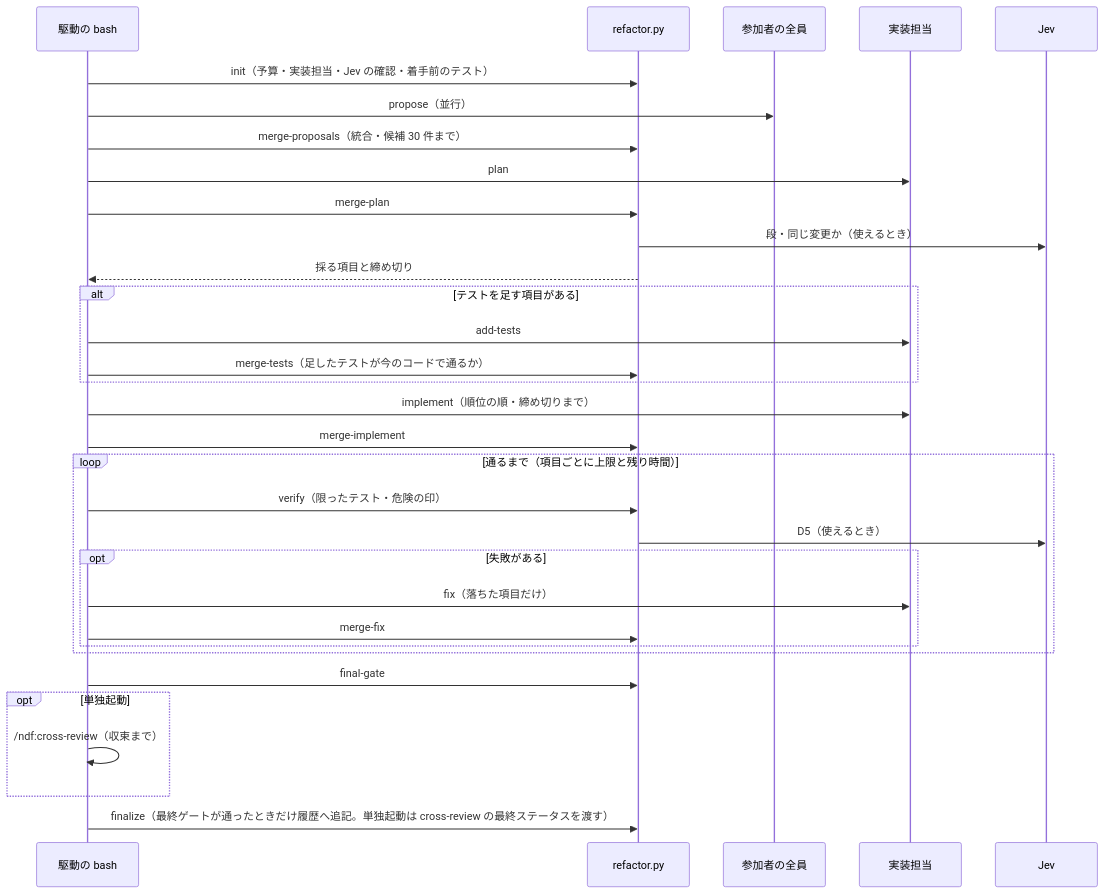
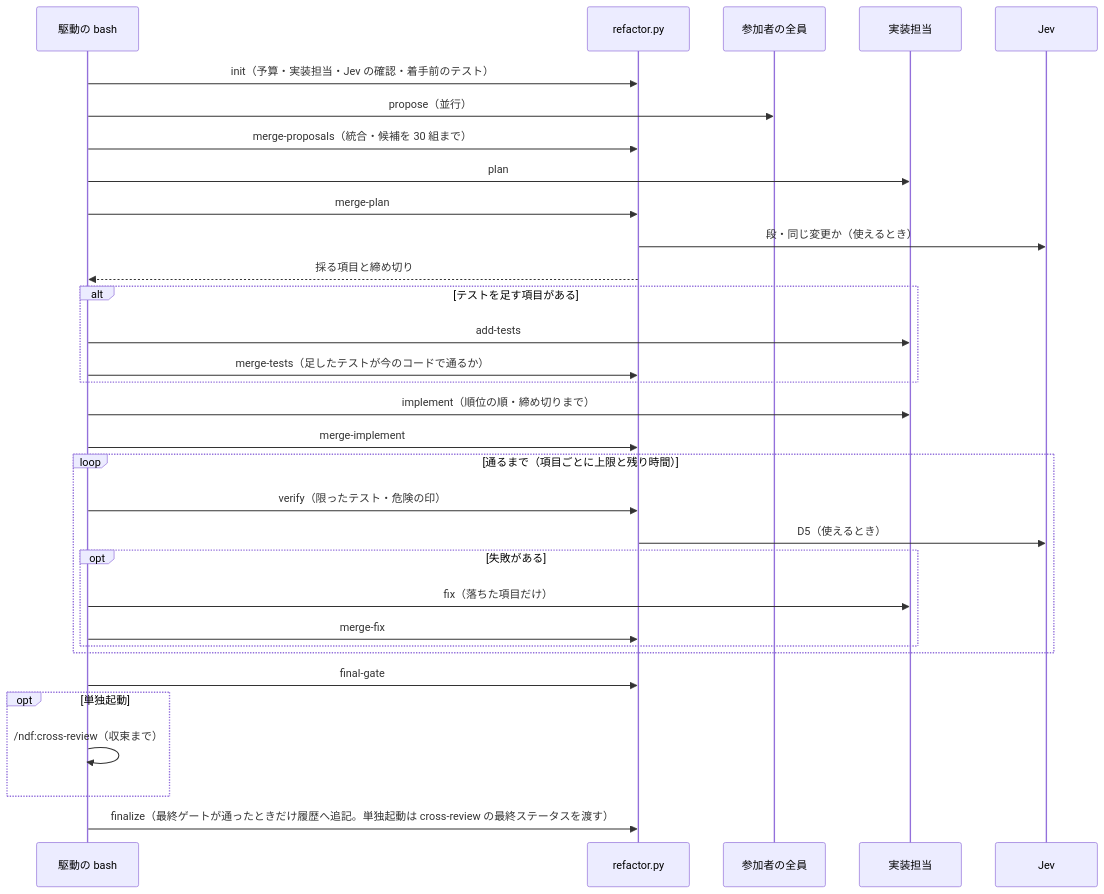
The second of 3 diagrams in issues/issue-933-design.md (devbasex/ai-plugins), drawn with Mermaid before and after one commit. The commit also changed other lines of this file and 3 other files, not shown here.

````diff
--- a/issues/issue-933-design.md
+++ b/issues/issue-933-design.md
@@ -322,34 +326,34 @@
 ```mermaid
 sequenceDiagram
   participant D as 駆動の bash
   participant R as refactor.py
   participant P as 参加者の全員
   participant I as 実装担当
   participant J as Jev
   D->>R: init（予算・実装担当・Jev の確認・着手前のテスト）
   D->>P: propose（並行）
-  D->>R: merge-proposals（統合・候補 30 件まで）
+  D->>R: merge-proposals（統合・候補を 30 組まで）
   D->>I: plan
   D->>R: merge-plan
   R->>J: 段・同じ変更か（使えるとき）
   R-->>D: 採る項目と締め切り
   alt テストを足す項目がある
     D->>I: add-tests
     D->>R: merge-tests（足したテストが今のコードで通るか）
   end
   D->>I: implement（順位の順・締め切りまで）
   D->>R: merge-implement
   loop 通るまで（項目ごとに上限と残り時間）
     D->>R: verify（限ったテスト・危険の印）
     R->>J: D5（使えるとき）
     opt 失敗がある
       D->>I: fix（落ちた項目だけ）
       D->>R: merge-fix
     end
   end
   D->>R: final-gate
   opt 単独起動
     D->>D: /ndf:cross-review（収束まで）
   end
   D->>R: finalize（最終ゲートが通ったときだけ履歴へ追記。単独起動は cross-review の最終ステータスを渡す）
 ```
````
